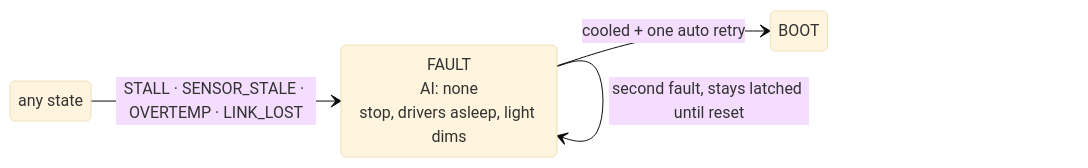
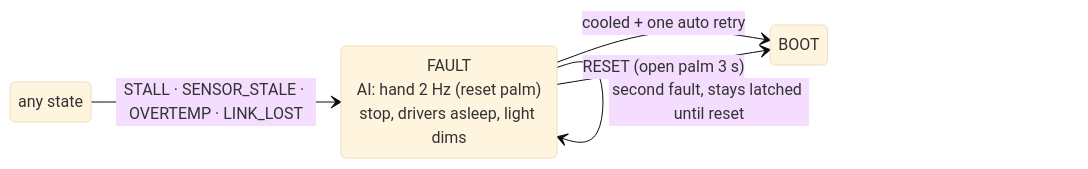
One commit to Victor-JB/IEEE-Minimalist-AI-Challenge-2026 changed the third of 3 diagrams in docs/STATE_MACHINE.md. Above: the diagram before and after it, drawn with Mermaid (base theme). The commit also changed other lines of this file and 7 other files, not shown here.

First line of the commit message:
Lumen: crops for hands and book, book-lost confirm, GOODBYE face check, fault reset

````diff
--- a/docs/STATE_MACHINE.md
+++ b/docs/STATE_MACHINE.md
@@ -103,9 +103,10 @@
 ```mermaid
 stateDiagram-v2
     direction LR
     state "any state" as ANY
-    state "FAULT<br/>AI: none<br/>stop, drivers asleep, light dims" as FAULT
+    state "FAULT<br/>AI: hand 2 Hz (reset palm)<br/>stop, drivers asleep, light dims" as FAULT
     ANY --> FAULT : STALL · SENSOR_STALE · OVERTEMP · LINK_LOST
     FAULT --> BOOT : cooled + one auto retry
     FAULT --> FAULT : second fault, stays latched until reset
+    FAULT --> BOOT : RESET (open palm 3 s)
 ```
````
